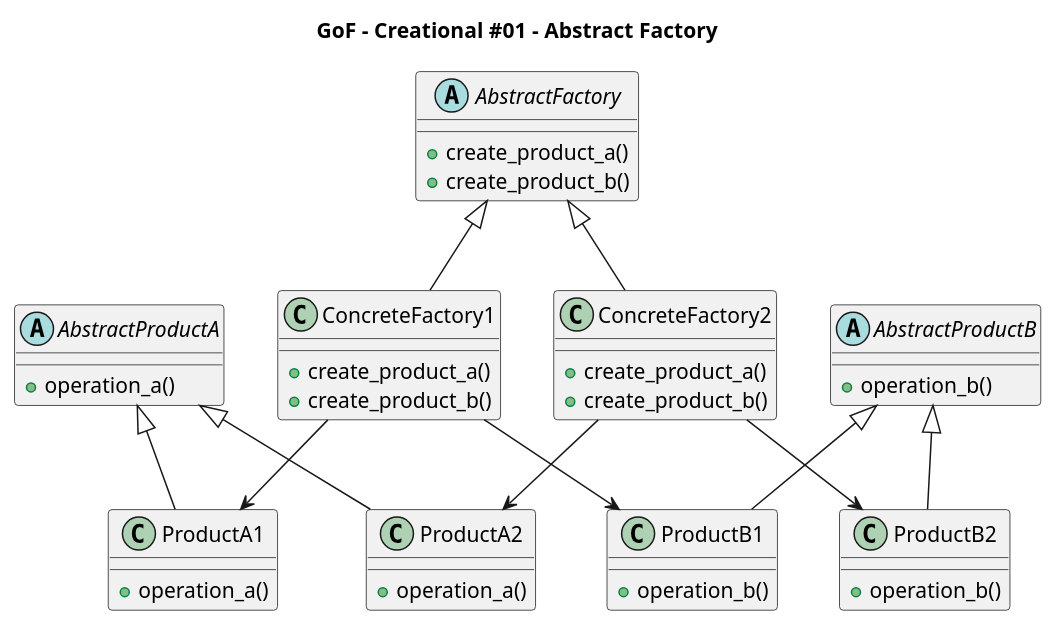
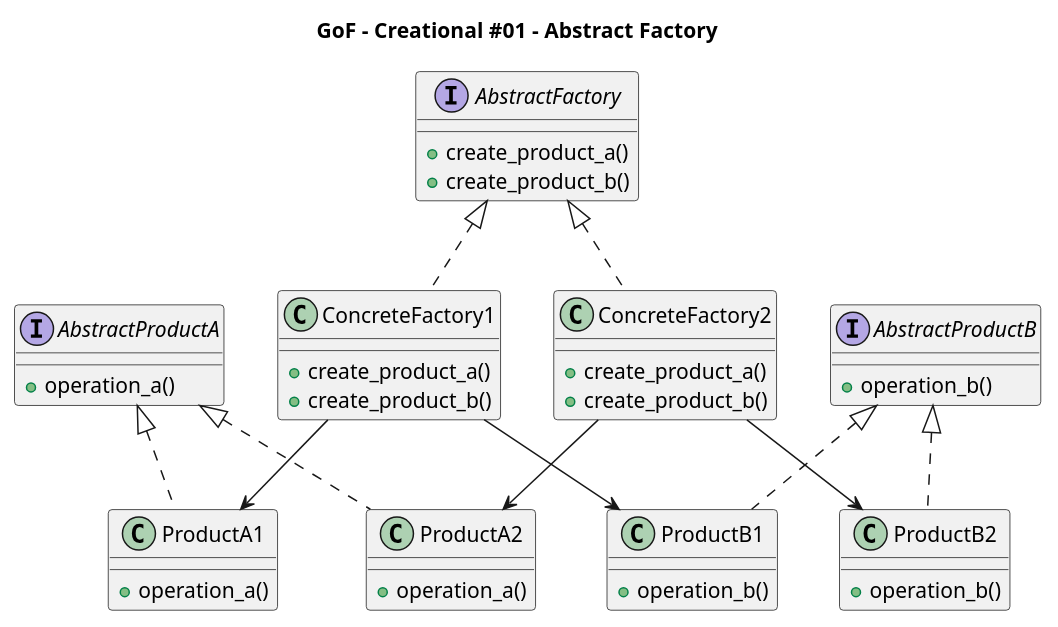
Before and after one commit to Takayoshi-Matsuyama/design_patterns: the diagram in GoF/GoF_gen01_abstract_factory.puml, drawn with PlantUML. The commit also changed 12 other files, not shown here.

Commit message:
GoF - abstract class --> interface

```diff
--- a/GoF/GoF_gen01_abstract_factory.puml
+++ b/GoF/GoF_gen01_abstract_factory.puml
@@ -1,53 +1,53 @@
 @startuml gof_abstract_factory
 
 title GoF - Creational #01 - Abstract Factory
 
-abstract class AbstractFactory {
+interface AbstractFactory {
     +create_product_a()
     +create_product_b()
 }
 
 class ConcreteFactory1 {
     +create_product_a()
     +create_product_b()
 }
 
 class ConcreteFactory2 {
     +create_product_a()
     +create_product_b()
 }
 
-AbstractFactory <|-- ConcreteFactory1
-AbstractFactory <|-- ConcreteFactory2
+AbstractFactory <|.. ConcreteFactory1
+AbstractFactory <|.. ConcreteFactory2
 
-abstract class AbstractProductA {
+interface AbstractProductA {
     +operation_a()
 }
 class ProductA1 {
     +operation_a()
 }
 class ProductA2 {
     +operation_a()
 }
-AbstractProductA <|-- ProductA1
-AbstractProductA <|-- ProductA2
+AbstractProductA <|.. ProductA1
+AbstractProductA <|.. ProductA2
 
 
-abstract class AbstractProductB {
+interface AbstractProductB {
     +operation_b()
 }
 class ProductB1 {
     +operation_b()
 }
 class ProductB2 {
     +operation_b()
 }
-AbstractProductB <|-- ProductB1
-AbstractProductB <|-- ProductB2
+AbstractProductB <|.. ProductB1
+AbstractProductB <|.. ProductB2
 
 ConcreteFactory1 --> ProductA1
 ConcreteFactory1 --> ProductB1
 
 ConcreteFactory2 --> ProductA2
 ConcreteFactory2 --> ProductB2
 @enduml
```
